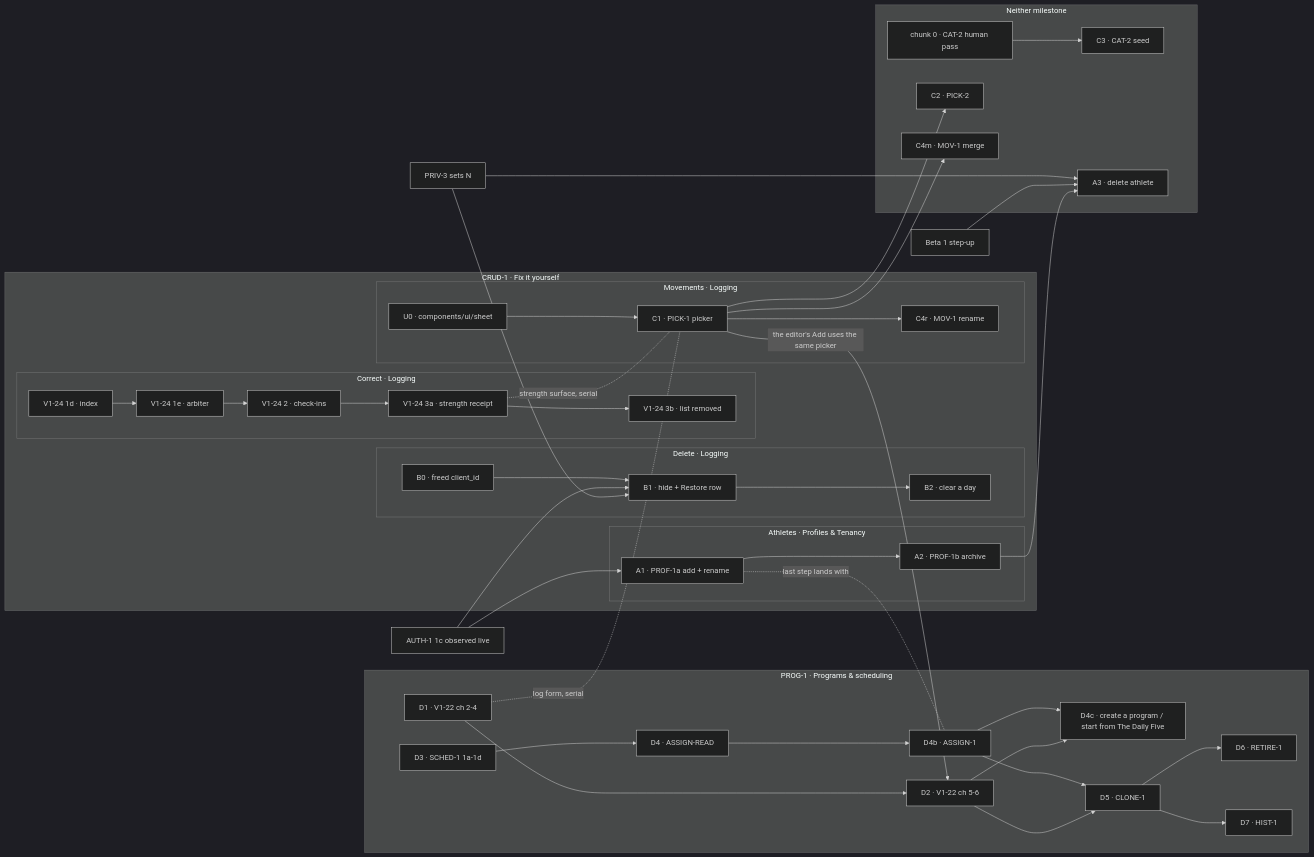
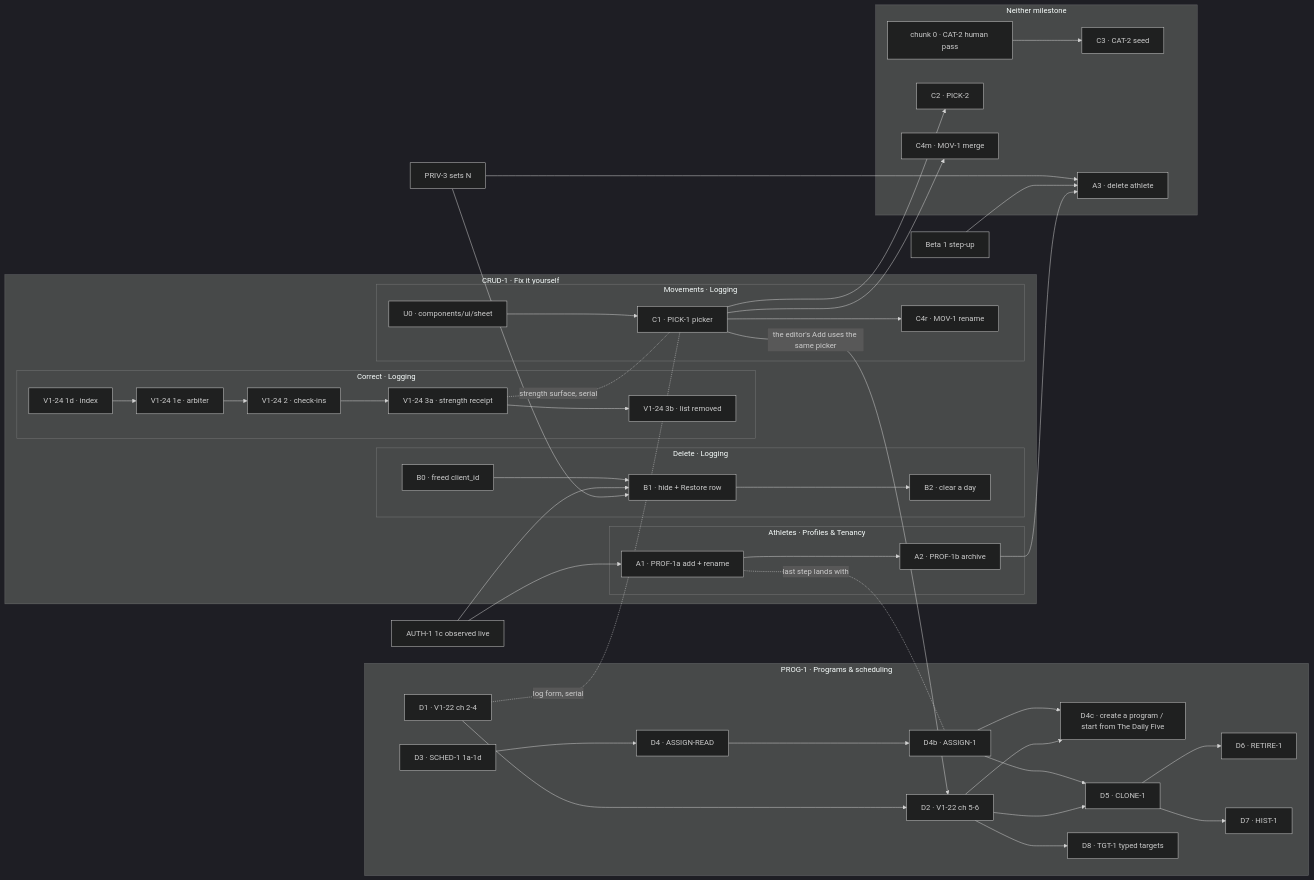
One commit to ralamode/mat-plan changed the diagram in docs/specs/crud-1-fix-it-yourself.md. Above: the diagram before and after it, drawn with Mermaid (dark theme). The commit also changed other lines of this file and 1 other file, not shown here.

First line of the commit message:
docs(crud-1): hide the activities editor until ACT-1; plan typed held and vest targets

````diff
--- a/docs/specs/crud-1-fix-it-yourself.md
+++ b/docs/specs/crud-1-fix-it-yourself.md
@@ -84,51 +84,52 @@
 ```mermaid
 flowchart LR
   subgraph CRUD1[CRUD-1 · Fix it yourself]
     subgraph A[Athletes · Profiles & Tenancy]
       P1a[A1 · PROF-1a add + rename] --> P1b[A2 · PROF-1b archive]
     end
     subgraph B[Delete · Logging]
       D0[B0 · freed client_id] --> D1x[B1 · hide + Restore row]
       D1x --> D2x[B2 · clear a day]
     end
     subgraph E[Correct · Logging]
       E1d[V1-24 1d · index] --> E1e[V1-24 1e · arbiter]
       E1e --> E2[V1-24 2 · check-ins]
       E2 --> E3a[V1-24 3a · strength receipt]
       E3a --> E3b[V1-24 3b · list removed]
     end
     subgraph C[Movements · Logging]
       U0[U0 · components/ui/sheet] --> K1[C1 · PICK-1 picker]
       K1 --> MVr[C4r · MOV-1 rename]
     end
   end
   subgraph PROG1[PROG-1 · Programs & scheduling]
     V2[D1 · V1-22 ch 2-4] --> V6[D2 · V1-22 ch 5-6]
     S[D3 · SCHED-1 1a-1d] --> AR[D4 · ASSIGN-READ]
     AR --> AS[D4b · ASSIGN-1]
     AS --> NP[D4c · create a program / start from The Daily Five]
     V6 --> NP
     AS --> CL[D5 · CLONE-1]
     V6 --> CL
     CL --> RT[D6 · RETIRE-1]
     CL --> HI[D7 · HIST-1]
+    V6 --> TG[D8 · TGT-1 typed targets]
   end
   subgraph Later[Neither milestone]
     H[chunk 0 · CAT-2 human pass] --> C3[C3 · CAT-2 seed]
     K2[C2 · PICK-2]
     P1c[A3 · delete athlete]
     MVm[C4m · MOV-1 merge]
   end
   AU[AUTH-1 1c observed live] --> P1a
   AU --> D1x
   PR3[PRIV-3 sets N] --> D1x
   PR3 --> P1c
   STEP[Beta 1 step-up] --> P1c
   P1b --> P1c
   K1 --> K2
   K1 --> MVm
   V2 -. log form, serial .- K1
   E3a -. strength surface, serial .- K1
   K1 -- the editor's Add uses the same picker --> V6
   P1a -. last step lands with .- AS
 ```
````
